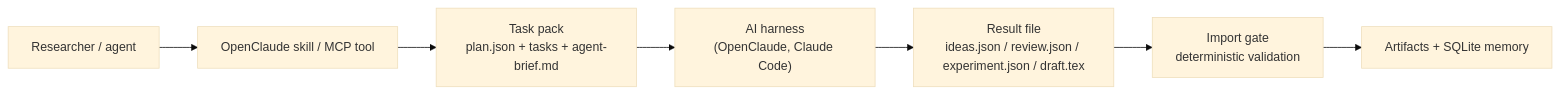
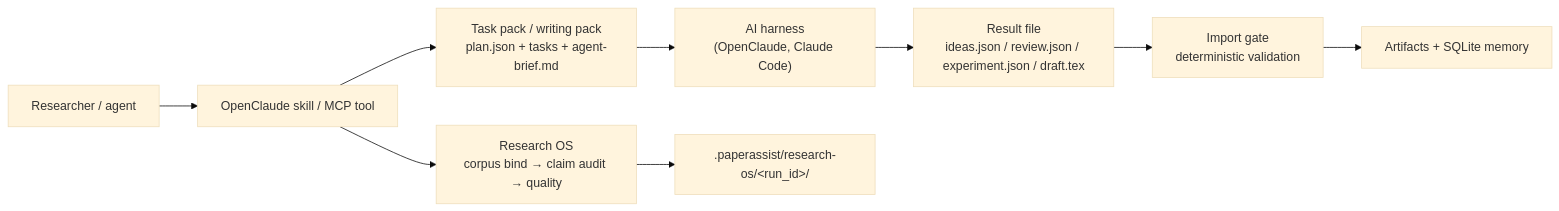
Before and after one commit to mahdyarief/paper-assist: the first of 2 diagrams in README.md, drawn with Mermaid (base theme). The commit also changed other lines of this file and 22 other files, not shown here.

First line of the commit message:
feat: Research OS audit pipeline, claim ledger, and conceptual README

````diff
--- a/README.md
+++ b/README.md
@@ -41,9 +42,11 @@
 ```mermaid
 flowchart LR
     U["Researcher / agent"] --> S["OpenClaude skill / MCP tool"]
-    S --> P["Task pack<br/>plan.json + tasks + agent-brief.md"]
+    S --> P["Task pack / writing pack<br/>plan.json + tasks + agent-brief.md"]
     P --> H["AI harness<br/>(OpenClaude, Claude Code)"]
     H --> R["Result file<br/>ideas.json / review.json / experiment.json / draft.tex"]
     R --> G["Import gate<br/>deterministic validation"]
     G --> A["Artifacts + SQLite memory"]
+    S --> ROS["Research OS<br/>corpus bind &rarr; claim audit &rarr; quality"]
+    ROS --> A2[".paperassist/research-os/&lt;run_id&gt;/"]
 ```
````
